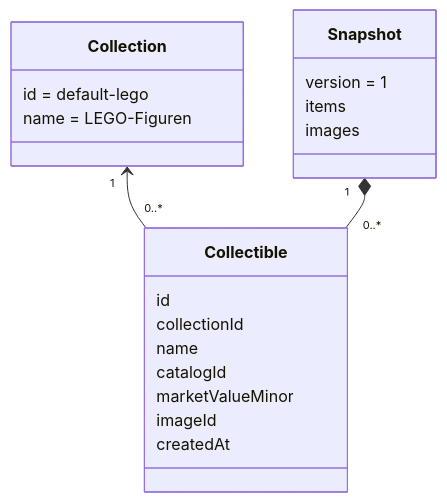
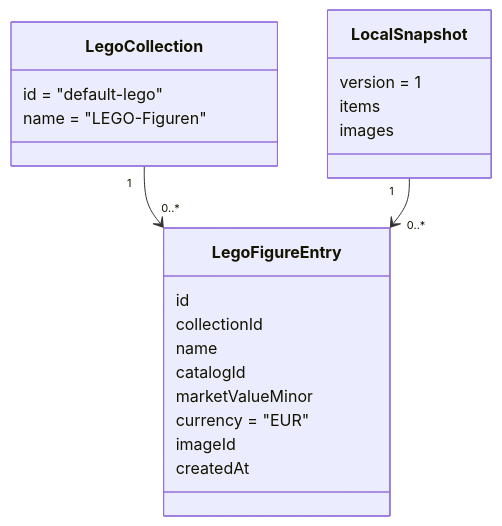
The diagram in CLASS_DIAGRAM.md (codePfosten/sammel-webapp), drawn with Mermaid before and after one commit. The commit also changed other lines of this file and 9 other files, not shown here.

````diff
--- a/CLASS_DIAGRAM.md
+++ b/CLASS_DIAGRAM.md
@@ -5,23 +5,24 @@
 ```mermaid
 classDiagram
-  class Collection {
-    id = default-lego
-    name = LEGO-Figuren
+  class LegoCollection {
+    id = "default-lego"
+    name = "LEGO-Figuren"
   }
-  class Collectible {
+  class LegoFigureEntry {
     id
     collectionId
     name
     catalogId
     marketValueMinor
+    currency = "EUR"
     imageId
     createdAt
   }
-  class Snapshot {
+  class LocalSnapshot {
     version = 1
     items
     images
   }
-  Collection "1" <-- "0..*" Collectible
-  Snapshot "1" *-- "0..*" Collectible
+  LegoCollection "1" --> "0..*" LegoFigureEntry
+  LocalSnapshot "1" --> "0..*" LegoFigureEntry
 ```
````
